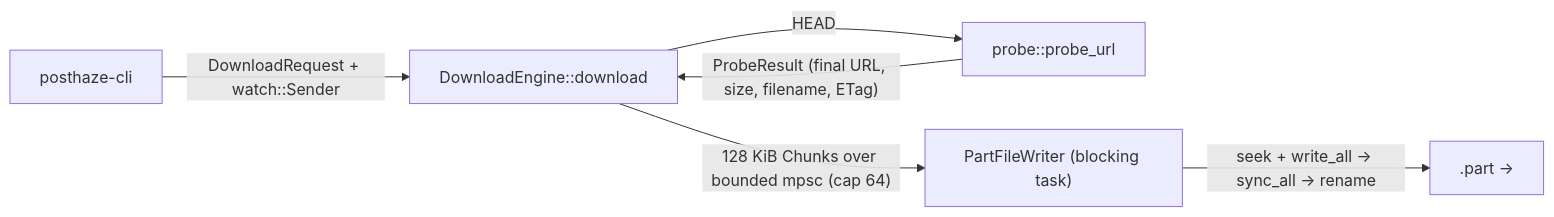
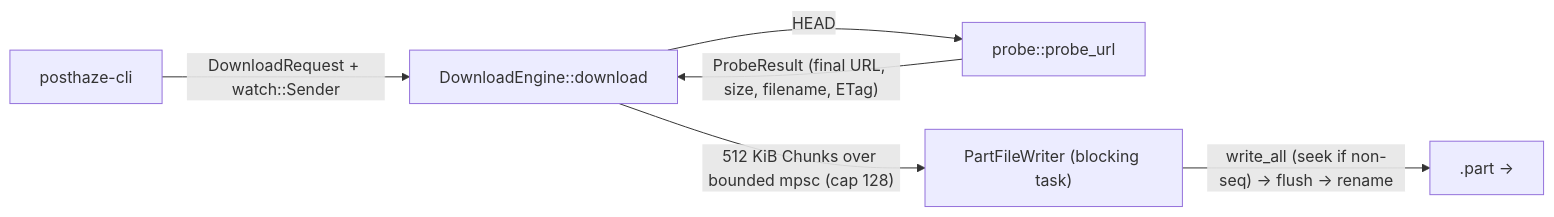
One commit to prag-matic/posthaze-download-manager changed the diagram in docs/ticket-01-single-stream-engine.md. Above: the diagram before and after it, drawn with Mermaid. The commit also changed other lines of this file and 3 other files, not shown here.

````diff
--- a/docs/ticket-01-single-stream-engine.md
+++ b/docs/ticket-01-single-stream-engine.md
@@ -13,8 +13,8 @@
 ```mermaid
 flowchart LR
     CLI["posthaze-cli"] -->|"DownloadRequest + watch::Sender"| ENG["DownloadEngine::download"]
     ENG -->|"HEAD"| PROBE["probe::probe_url"]
     PROBE -->|"ProbeResult (final URL, size, filename, ETag)"| ENG
-    ENG -->|"128 KiB Chunks over bounded mpsc (cap 64)"| WRITER["PartFileWriter (blocking task)"]
-    WRITER -->|"seek + write_all -> sync_all -> rename"| DISK["<final_path>.part -> <final_path>"]
+    ENG -->|"512 KiB Chunks over bounded mpsc (cap 128)"| WRITER["PartFileWriter (blocking task)"]
+    WRITER -->|"write_all (seek if non-seq) -> flush -> rename"| DISK["<final_path>.part -> <final_path>"]
 ```
````
